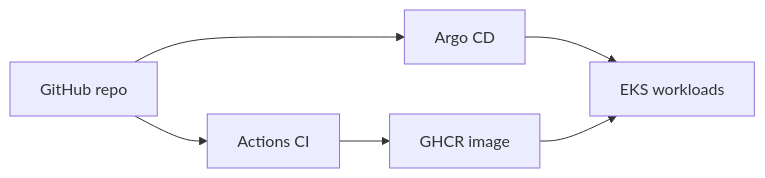
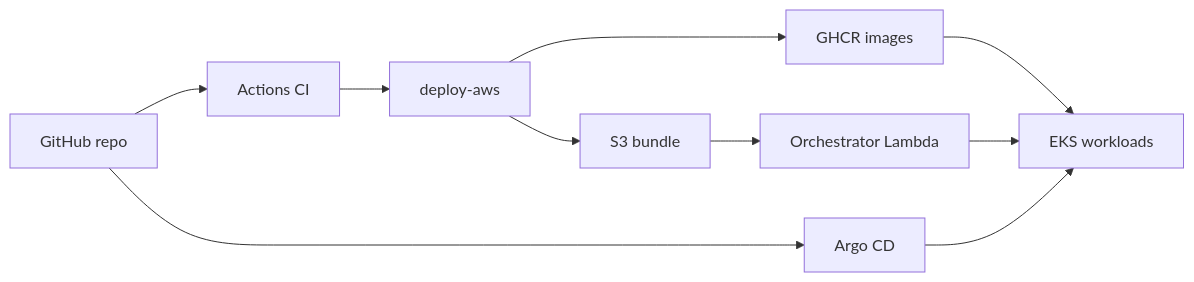
Before and after one commit to MichaelJ43/kubernetes-mono-app: the diagram in README.md, drawn with Mermaid. The commit also changed other lines of this file and 30 other files, not shown here.

First line of the commit message:
feat: Lambda + S3 deploy orchestrator and AWS deploy workflows

````diff
--- a/README.md
+++ b/README.md
@@ -30,8 +29,12 @@
 ```mermaid
 flowchart LR
   GH[GitHub repo] --> CI[Actions CI]
-  CI --> GHCR[GHCR image]
+  CI --> DeployAWS[deploy-aws]
+  DeployAWS --> GHCR[GHCR images]
+  DeployAWS --> S3Bundle[S3 bundle]
+  S3Bundle --> Lambda[Orchestrator Lambda]
+  Lambda --> EKS[EKS workloads]
   GH --> Argo[Argo CD]
-  Argo --> EKS[EKS workloads]
+  Argo --> EKS
   GHCR --> EKS
 ```
````
